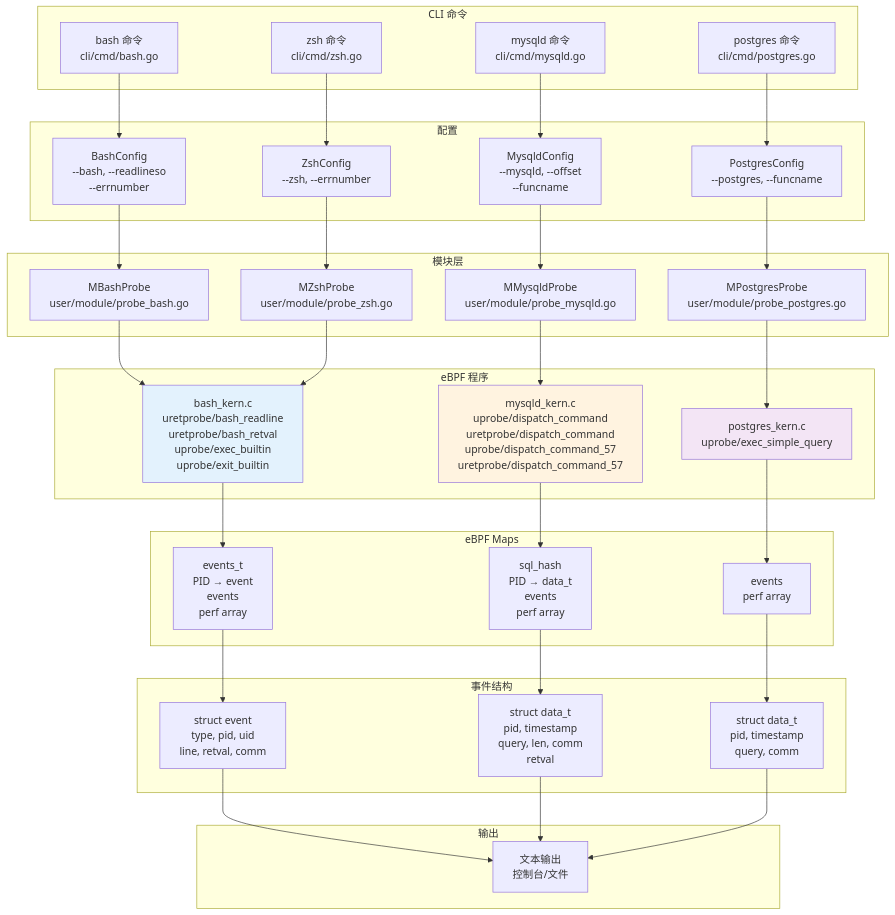
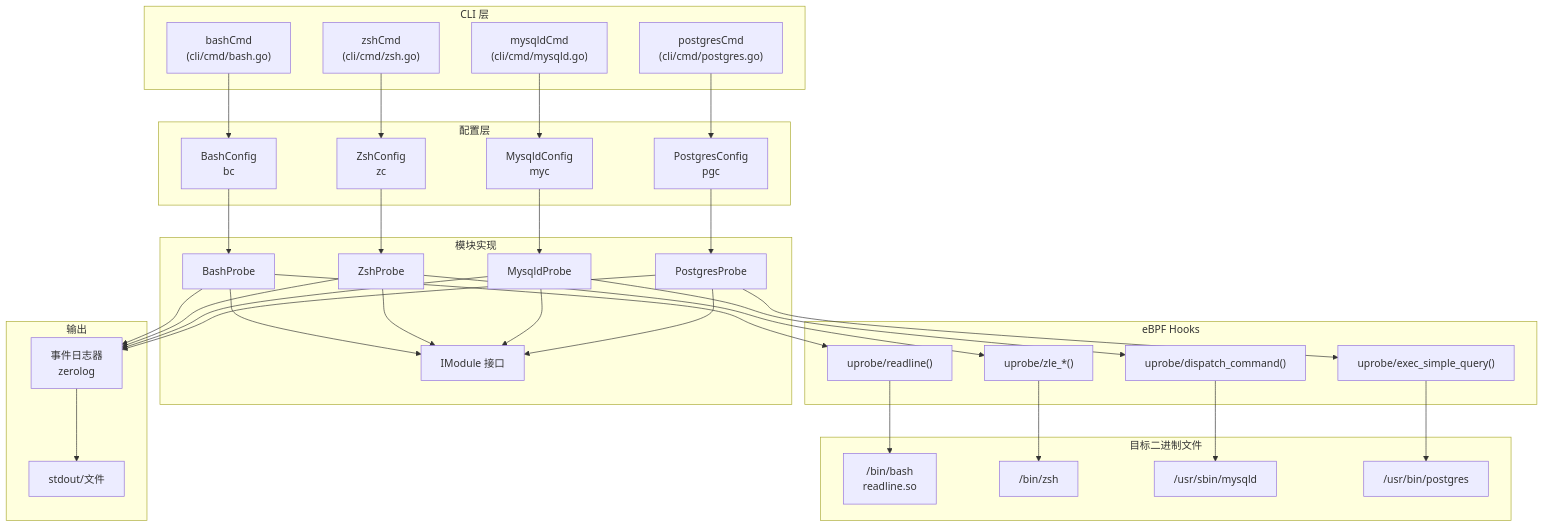
The first of 3 diagrams in src/zh/3-capture-modules/3.2-system-audit-modules.md (gojue/ecapture.cc), drawn with Mermaid before and after one commit. The commit also changed other lines of this file and 115 other files, not shown here.

````diff
--- a/src/zh/3-capture-modules/3.2-system-audit-modules.md
+++ b/src/zh/3-capture-modules/3.2-system-audit-modules.md
@@ -34,76 +46,75 @@
 ```mermaid
 graph TB
-    subgraph "CLI 命令"
-        BashCLI["bash 命令<br/>cli/cmd/bash.go"]
-        ZshCLI["zsh 命令<br/>cli/cmd/zsh.go"]
-        MysqlCLI["mysqld 命令<br/>cli/cmd/mysqld.go"]
-        PgCLI["postgres 命令<br/>cli/cmd/postgres.go"]
+    subgraph "CLI 层"
+        BASH_CMD["bashCmd<br/>(cli/cmd/bash.go)"]
+        ZSH_CMD["zshCmd<br/>(cli/cmd/zsh.go)"]
+        MYSQL_CMD["mysqldCmd<br/>(cli/cmd/mysqld.go)"]
+        PG_CMD["postgresCmd<br/>(cli/cmd/postgres.go)"]
     end
     
-    subgraph "配置"
-        BashConfig["BashConfig<br/>--bash, --readlineso<br/>--errnumber"]
-        ZshConfig["ZshConfig<br/>--zsh, --errnumber"]
-        MysqlConfig["MysqldConfig<br/>--mysqld, --offset<br/>--funcname"]
-        PgConfig["PostgresConfig<br/>--postgres, --funcname"]
+    subgraph "配置层"
+        BASH_CFG["BashConfig<br/>bc"]
+        ZSH_CFG["ZshConfig<br/>zc"]
+        MYSQL_CFG["MysqldConfig<br/>myc"]
+        PG_CFG["PostgresConfig<br/>pgc"]
     end
     
-    subgraph "模块层"
-        BashModule["MBashProbe<br/>user/module/probe_bash.go"]
-        ZshModule["MZshProbe<br/>user/module/probe_zsh.go"]
-        MysqlModule["MMysqldProbe<br/>user/module/probe_mysqld.go"]
-        PgModule["MPostgresProbe<br/>user/module/probe_postgres.go"]
+    subgraph "模块实现"
+        IMODULE["IModule 接口"]
+        BASH_MOD["BashProbe"]
+        ZSH_MOD["ZshProbe"]
+        MYSQL_MOD["MysqldProbe"]
+        PG_MOD["PostgresProbe"]
     end
     
-    subgraph "eBPF 程序"
-        BashKern["bash_kern.c<br/>uretprobe/bash_readline<br/>uretprobe/bash_retval<br/>uprobe/exec_builtin<br/>uprobe/exit_builtin"]
-        MysqlKern["mysqld_kern.c<br/>uprobe/dispatch_command<br/>uretprobe/dispatch_command<br/>uprobe/dispatch_command_57<br/>uretprobe/dispatch_command_57"]
-        PgKern["postgres_kern.c<br/>uprobe/exec_simple_query"]
+    subgraph "eBPF Hooks"
+        UPROBE_READLINE["uprobe/readline()"]
+        UPROBE_ZLE["uprobe/zle_*()"]
+        UPROBE_DISPATCH["uprobe/dispatch_command()"]
+        UPROBE_EXEC["uprobe/exec_simple_query()"]
     end
     
-    subgraph "eBPF Maps"
-        BashMaps["events_t<br/>PID → event<br/>events<br/>perf array"]
-        MysqlMaps["sql_hash<br/>PID → data_t<br/>events<br/>perf array"]
-        PgMaps["events<br/>perf array"]
-    end
-    
-    subgraph "事件结构"
-        BashEvent["struct event<br/>type, pid, uid<br/>line, retval, comm"]
-        MysqlEvent["struct data_t<br/>pid, timestamp<br/>query, len, comm<br/>retval"]
-        PgEvent["struct data_t<br/>pid, timestamp<br/>query, comm"]
+    subgraph "目标二进制文件"
+        BASH_BIN["/bin/bash<br/>readline.so"]
+        ZSH_BIN["/bin/zsh"]
+        MYSQL_BIN["/usr/sbin/mysqld"]
+        PG_BIN["/usr/bin/postgres"]
     end
     
     subgraph "输出"
-        TextOutput["文本输出<br/>控制台/文件"]
+        LOGGER["事件日志器<br/>zerolog"]
+        STDOUT["stdout/文件"]
     end
     
-    BashCLI --> BashConfig
-    ZshCLI --> ZshConfig
-    MysqlCLI --> MysqlConfig
-    PgCLI --> PgConfig
+    BASH_CMD --> BASH_CFG
+    ZSH_CMD --> ZSH_CFG
+    MYSQL_CMD --> MYSQL_CFG
+    PG_CMD --> PG_CFG
     
-    BashConfig --> BashModule
-    ZshConfig --> ZshModule
-    MysqlConfig --> MysqlModule
-    PgConfig --> PgModule
+    BASH_CFG --> BASH_MOD
+    ZSH_CFG --> ZSH_MOD
+    MYSQL_CFG --> MYSQL_MOD
+    PG_CFG --> PG_MOD
     
-    BashModule --> BashKern
-    ZshModule --> BashKern
-    MysqlModule --> MysqlKern
-    PgModule --> PgKern
+    BASH_MOD --> IMODULE
+    ZSH_MOD --> IMODULE
+    MYSQL_MOD --> IMODULE
+    PG_MOD --> IMODULE
     
-    BashKern --> BashMaps
-    MysqlKern --> MysqlMaps
-    PgKern --> PgMaps
+    BASH_MOD --> UPROBE_READLINE
+    ZSH_MOD --> UPROBE_ZLE
+    MYSQL_MOD --> UPROBE_DISPATCH
+    PG_MOD --> UPROBE_EXEC
     
-    BashMaps --> BashEvent
-    MysqlMaps --> MysqlEvent
-    PgMaps --> PgEvent
+    UPROBE_READLINE --> BASH_BIN
+    UPROBE_ZLE --> ZSH_BIN
+    UPROBE_DISPATCH --> MYSQL_BIN
+    UPROBE_EXEC --> PG_BIN
     
-    BashEvent --> TextOutput
-    MysqlEvent --> TextOutput
-    PgEvent --> TextOutput
+    BASH_MOD --> LOGGER
+    ZSH_MOD --> LOGGER
+    MYSQL_MOD --> LOGGER
+    PG_MOD --> LOGGER
     
-    style BashKern fill:#e3f2fd
-    style MysqlKern fill:#fff3e0
-    style PgKern fill:#f3e5f5
+    LOGGER --> STDOUT
 ```
````
